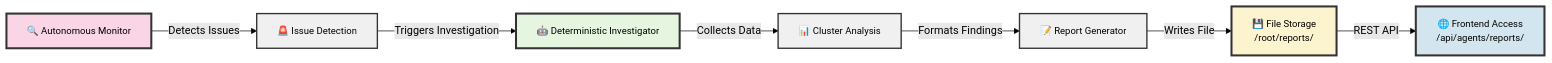
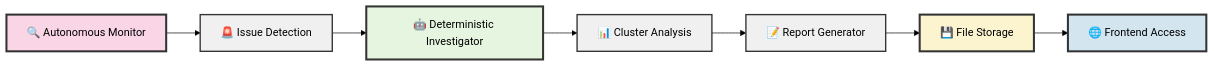
The fourth of 4 diagrams in README.md (Unobtainiumrock/kubernetes-agentic-swam-yc-hackathon), drawn with Mermaid (forest theme) before and after one commit.

Commit message:
Make layer two documentation 'better'

````diff
--- a/README.md
+++ b/README.md
@@ -168,21 +168,21 @@
 ```mermaid
 flowchart LR
-    A["🔍 Autonomous Monitor"] -->|"Detects Issues"| B["🚨 Issue Detection"]
-    B -->|"Triggers Investigation"| C["🤖 Deterministic Investigator"]
-    C -->|"Collects Data"| D["📊 Cluster Analysis"]
-    D -->|"Formats Findings"| E["📝 Report Generator"]
-    E -->|"Writes File"| F["💾 File Storage<br/>/root/reports/"]
-    F -->|"REST API"| G["🌐 Frontend Access<br/>/api/agents/reports/"]
+    A[🔍 Autonomous Monitor] --> B[🚨 Issue Detection]
+    B --> C[🤖 Deterministic Investigator]
+    C --> D[📊 Cluster Analysis]
+    D --> E[📝 Report Generator]
+    E --> F[💾 File Storage]
+    F --> G[🌐 Frontend Access]
     
-    classDef monitor fill:#f9d5e5,stroke:#333,stroke-width:3px,font-size:14px
-    classDef investigator fill:#e5f5e0,stroke:#333,stroke-width:3px,font-size:14px
-    classDef storage fill:#fcf3cf,stroke:#333,stroke-width:3px,font-size:14px
-    classDef frontend fill:#d3e5ef,stroke:#333,stroke-width:3px,font-size:14px
-    classDef process fill:#f0f0f0,stroke:#333,stroke-width:2px,font-size:14px
+    classDef monitor fill:#f9d5e5,stroke:#333,stroke-width:3px,font-size:16px
+    classDef investigator fill:#e5f5e0,stroke:#333,stroke-width:3px,font-size:16px
+    classDef storage fill:#fcf3cf,stroke:#333,stroke-width:3px,font-size:16px
+    classDef frontend fill:#d3e5ef,stroke:#333,stroke-width:3px,font-size:16px
+    classDef process fill:#f0f0f0,stroke:#333,stroke-width:2px,font-size:16px
     
     class A monitor
     class C investigator
     class F storage
     class G frontend
     class B,D,E process
 ```
````
